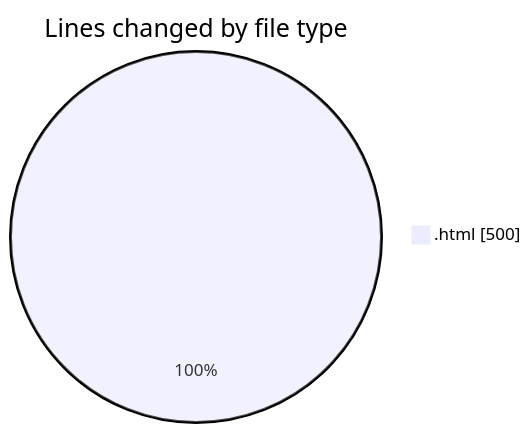
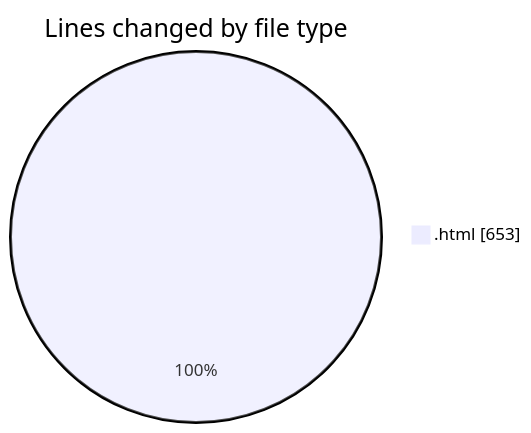
The first of 2 diagrams in 2025-06-27/horizon/README.md (vahidmafi/code-tracking), drawn with Mermaid before and after one commit. The commit also changed other lines of this file and 1 other file, not shown here.

````diff
--- a/2025-06-27/horizon/README.md
+++ b/2025-06-27/horizon/README.md
@@ -20,5 +20,5 @@
 ```mermaid
 pie showData
 title Lines changed by file type
-".html" : 500
+".html" : 653
 ```
````
